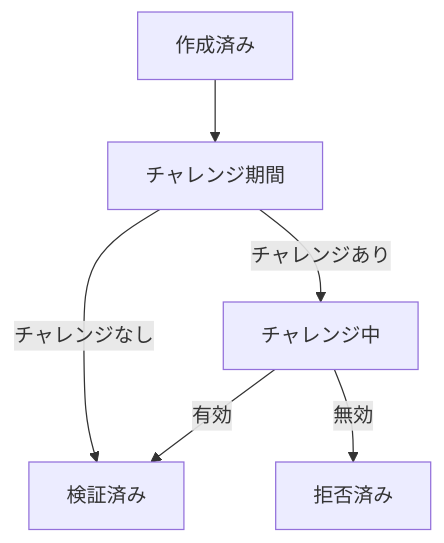
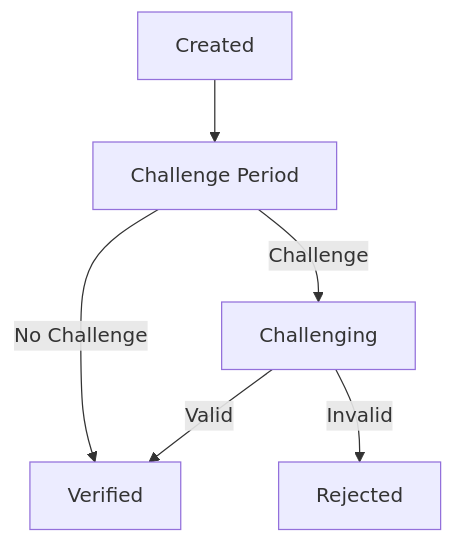
Before and after one commit to sunriselayer/gitbook: the first of 2 diagrams in ja/learn/sunrise/deprecated/data-availability-v2.md, drawn with Mermaid. The commit also changed other lines of this file and 19 other files, not shown here.

````diff
--- a/ja/learn/sunrise/deprecated/data-availability-v2.md
+++ b/ja/learn/sunrise/deprecated/data-availability-v2.md
@@ -107,8 +107,8 @@
 ```mermaid
 graph TD
-    A[作成済み] --> B[チャレンジ期間]
-    B -->|チャレンジなし| C[検証済み]
-    B -->|チャレンジあり| D[チャレンジ中]
-    D -->|有効| C
-    D -->|無効| E[拒否済み]
+    A[Created] --> B[Challenge Period]
+    B -->|No Challenge| C[Verified]
+    B -->|Challenge| D[Challenging]
+    D -->|Valid| C
+    D -->|Invalid| E[Rejected]
 ```
````
